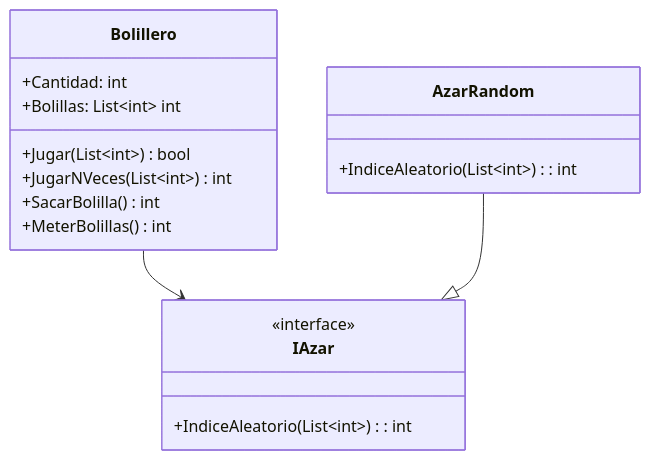
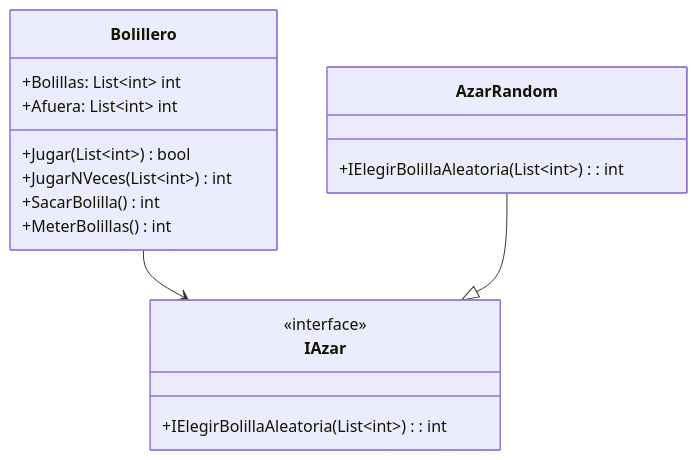
The diagram in docs/README.md (Lucia-Barcenas/TP-Bolillero), drawn with Mermaid before and after one commit. The commit also changed 2 other files, not shown here.

Commit message:
avances en los metodos

````diff
--- a/docs/README.md
+++ b/docs/README.md
@@ -3,22 +3,22 @@
 ```mermaid
 classDiagram
     class Bolillero{
-        +Cantidad: int
         +Bolillas: List~int~ int
+        +Afuera: List~int~ int
         +Jugar(List~int~) bool
         +JugarNVeces (List~int~) int
         +SacarBolilla() int
         +MeterBolillas() int
     }
     class IAzar{
         <<interface>>
-        +IndiceAleatorio(List~int~): int
+        +IElegirBolillaAleatoria(List~int~): int
     }
     class AzarRandom{
-        +IndiceAleatorio(List~int~): int
+        +IElegirBolillaAleatoria(List~int~): int
     }
     Bolillero --> IAzar
     AzarRandom --|> IAzar
 
     
 ```
````
